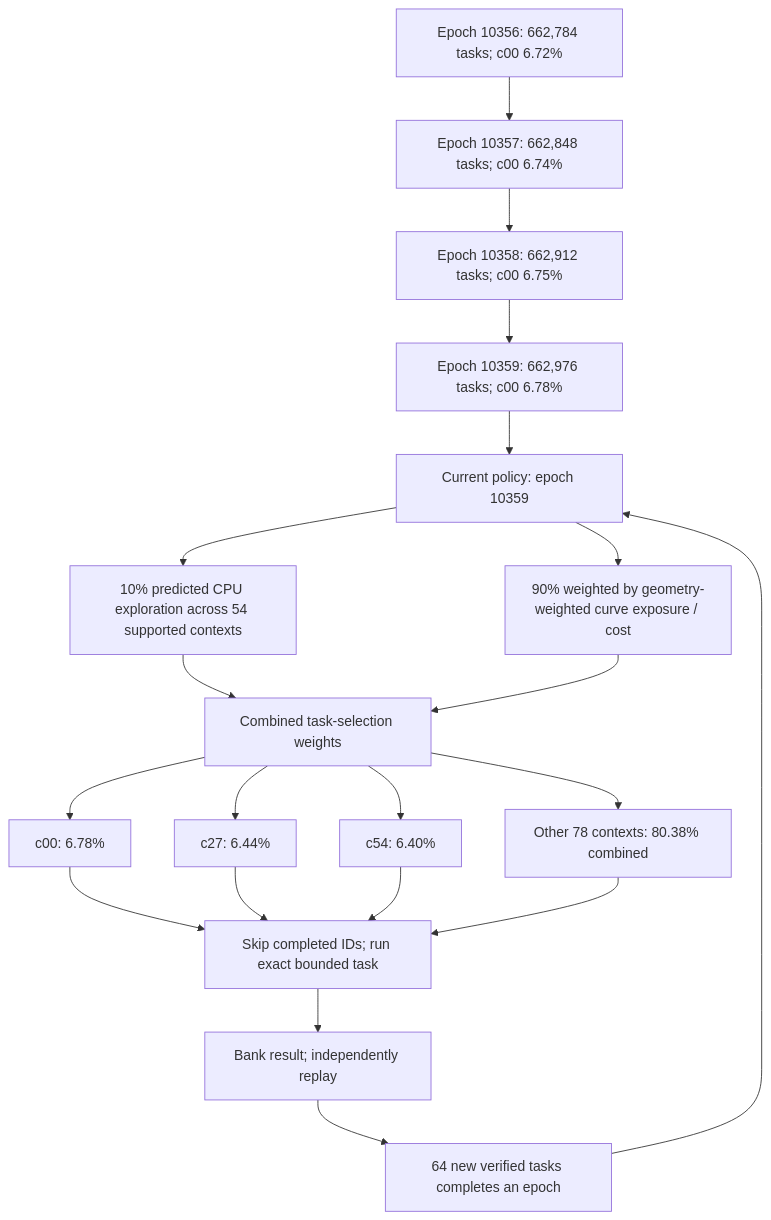
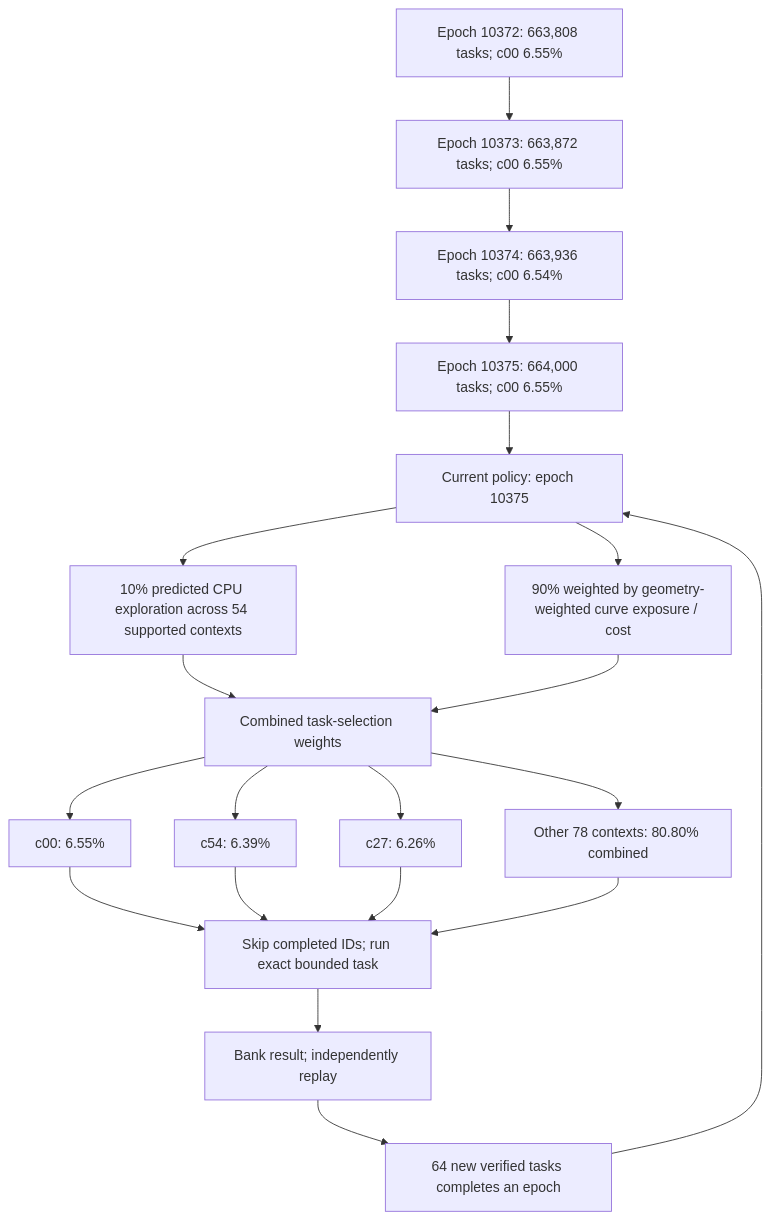
Before and after one commit to Kuberwastaken/math-gambling: the first of 4 diagrams in README.md, drawn with Mermaid. The commit also changed other lines of this file and 2488 other files, not shown here.

````diff
--- a/README.md
+++ b/README.md
@@ -60,27 +60,27 @@
 ```mermaid
 flowchart TD
-    H0["Epoch 10356: 662,784 tasks; c00 6.72%"]
-    H1["Epoch 10357: 662,848 tasks; c00 6.74%"]
+    H0["Epoch 10372: 663,808 tasks; c00 6.55%"]
+    H1["Epoch 10373: 663,872 tasks; c00 6.55%"]
     H0 --> H1
-    H2["Epoch 10358: 662,912 tasks; c00 6.75%"]
+    H2["Epoch 10374: 663,936 tasks; c00 6.54%"]
     H1 --> H2
-    H3["Epoch 10359: 662,976 tasks; c00 6.78%"]
+    H3["Epoch 10375: 664,000 tasks; c00 6.55%"]
     H2 --> H3
-    Policy["Current policy: epoch 10359"]
+    Policy["Current policy: epoch 10375"]
     H3 --> Policy
     Policy --> Explore["10% predicted CPU exploration across 54 supported contexts"]
     Policy --> Cost["90% weighted by geometry-weighted curve exposure / cost"]
     Explore --> Mix["Combined task-selection weights"]
     Cost --> Mix
-    Mix --> C0["c00: 6.78%"]
-    Mix --> C1["c27: 6.44%"]
-    Mix --> C2["c54: 6.40%"]
-    Mix --> Rest["Other 78 contexts: 80.38% combined"]
+    Mix --> C0["c00: 6.55%"]
+    Mix --> C1["c54: 6.39%"]
+    Mix --> C2["c27: 6.26%"]
+    Mix --> Rest["Other 78 contexts: 80.80% combined"]
     C0 --> Check["Skip completed IDs; run exact bounded task"]
     C1 --> Check
     C2 --> Check
     Rest --> Check
     Check --> Replay["Bank result; independently replay"]
     Replay --> Gate["64 new verified tasks completes an epoch"]
     Gate --> Policy
 ```
````
